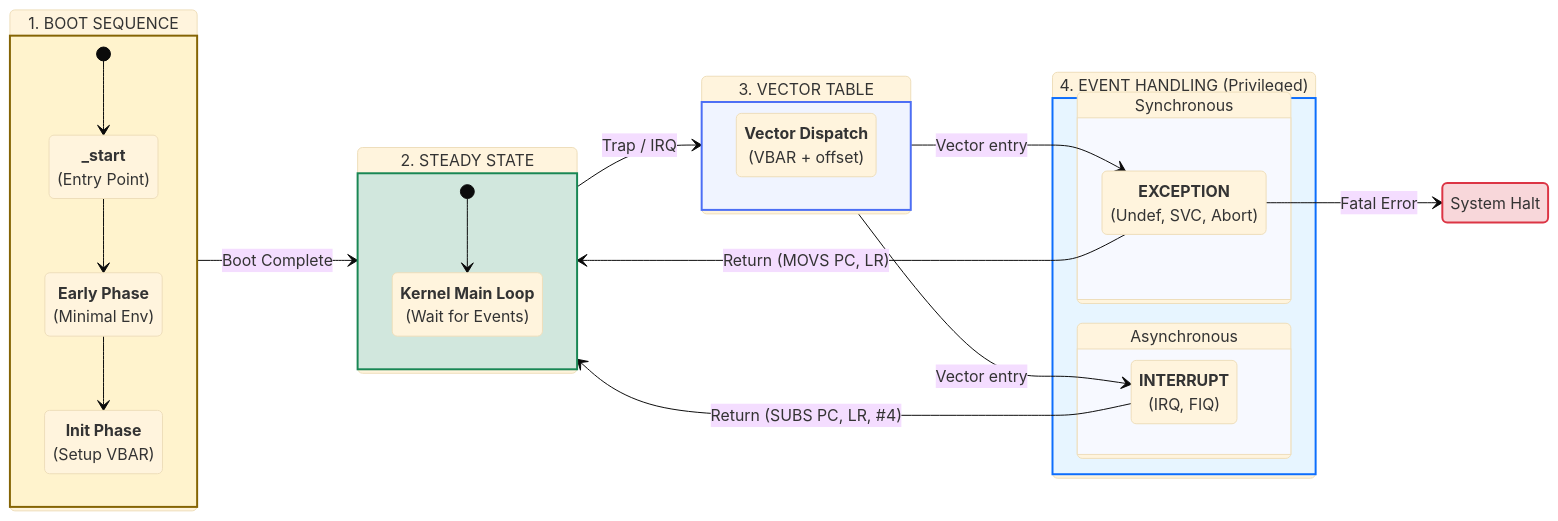
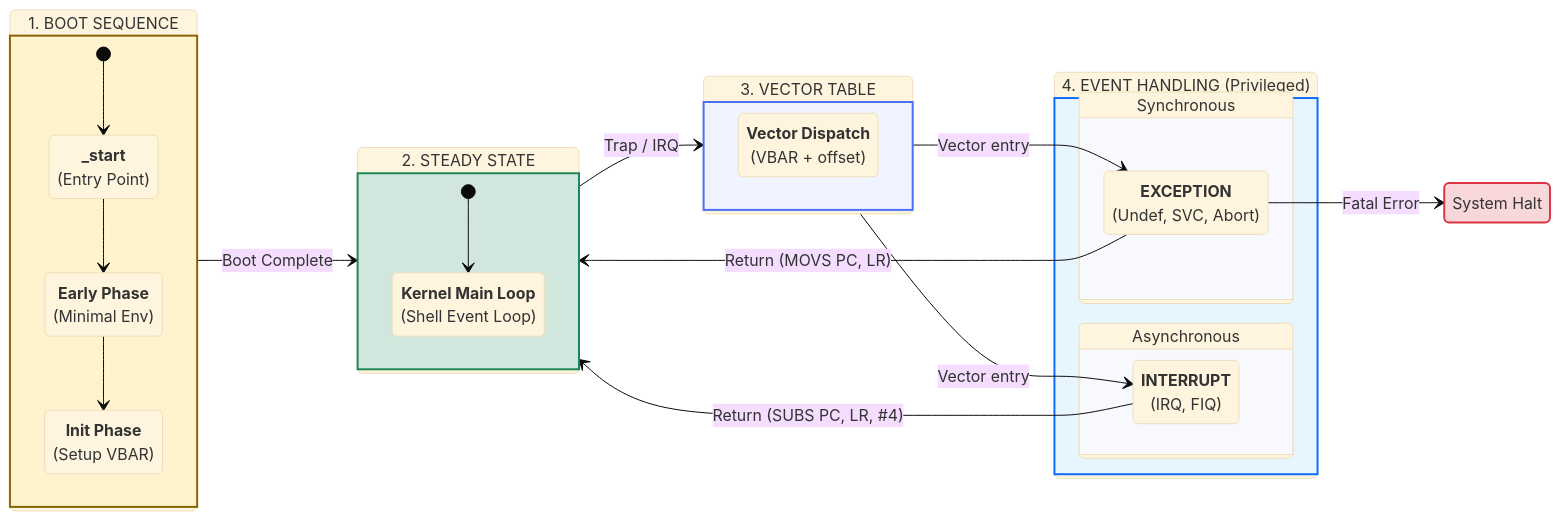
One commit to Vinalinux-Org/RefARM-OS changed the diagram in docs/04_kernel/diagram/execution_model.mmd. Above: the diagram before and after it, drawn with Mermaid (base theme). The commit also changed 5 other files, not shown here.

Commit message:
docs: update the Interrupt docs and diagrams

```diff
--- a/docs/04_kernel/diagram/execution_model.mmd
+++ b/docs/04_kernel/diagram/execution_model.mmd
@@ -1,62 +1,62 @@
 stateDiagram
   direction LR
   classDef boot fill:#fff3cd,stroke:#856404,stroke-width:2px;
   classDef run fill:#d1e7dd,stroke:#198754,stroke-width:2px;
   classDef vector fill:#f0f4ff,stroke:#4c6ef5,stroke-width:2px;
   classDef handle fill:#e7f5ff,stroke:#0d6efd,stroke-width:2px;
   classDef fatal fill:#f8d7da,stroke:#dc3545,stroke-width:2px;
   state Boot {
     direction TB
     [*] --> Entry
     Entry --> Early
     Early --> Init
 [*]    Entry
     Early
     Init
   }
   state SteadyState {
     direction TB
     [*] --> Loop
 [*]    Loop
   }
   state Vector {
     direction TB
     Dispatch
   }
   state Handling {
     direction TB
     state Sync {
       direction TB
       Exception
     }
     state Async {
       direction TB
       Interrupt
     }
   }
   Boot --> SteadyState:Boot Complete
   SteadyState --> Vector:Trap / IRQ
   Vector --> Exception:Vector entry
   Vector --> Interrupt:Vector entry
   Exception --> SteadyState:Return (MOVS PC, LR)
   Interrupt --> SteadyState:Return (SUBS PC, LR, #4)
   Exception --> Halt:Fatal Error
   Boot:1. BOOT SEQUENCE
   Entry:<b>_start</b><br>(Entry Point)
   Early:<b>Early Phase</b><br>(Minimal Env)
   Init:<b>Init Phase</b><br>(Setup VBAR)
   SteadyState:2. STEADY STATE
-  Loop:<b>Kernel Main Loop</b><br>(Wait for Events)
+  Loop:<b>Kernel Main Loop</b><br/>(Shell Event Loop)
   Vector:3. VECTOR TABLE
   Dispatch:<b>Vector Dispatch</b><br>(VBAR + offset)
   Handling:4. EVENT HANDLING (Privileged)
   Sync:Synchronous
   Exception:<b>EXCEPTION</b><br>(Undef, SVC, Abort)
   Async:Asynchronous
   Interrupt:<b>INTERRUPT</b><br>(IRQ, FIQ)
   Halt:System Halt
   class Boot boot
   class SteadyState run
   class Vector vector
   class Handling handle
   class Halt fatal
```
